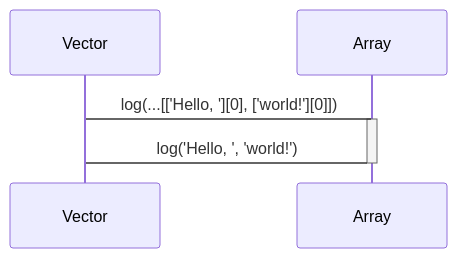
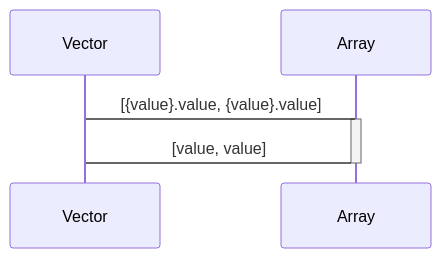
One commit to domrally/peekeasy changed the third of 4 diagrams in README.md. Above: the diagram before and after it, drawn with Mermaid. The commit also changed other lines of this file and 70 other files, not shown here.

````diff
--- a/README.md
+++ b/README.md
@@ -125,7 +102,7 @@
 ```mermaid
 sequenceDiagram
-    Vector->Array: log(...[['Hello, '][0], ['world!'][0]])
+    Vector->Array: [{value}.value, {value}.value]
     activate Array
-    Array->Vector: log('Hello, ', 'world!')
+    Array->Vector: [value, value]
     deactivate Array
 ```
````
